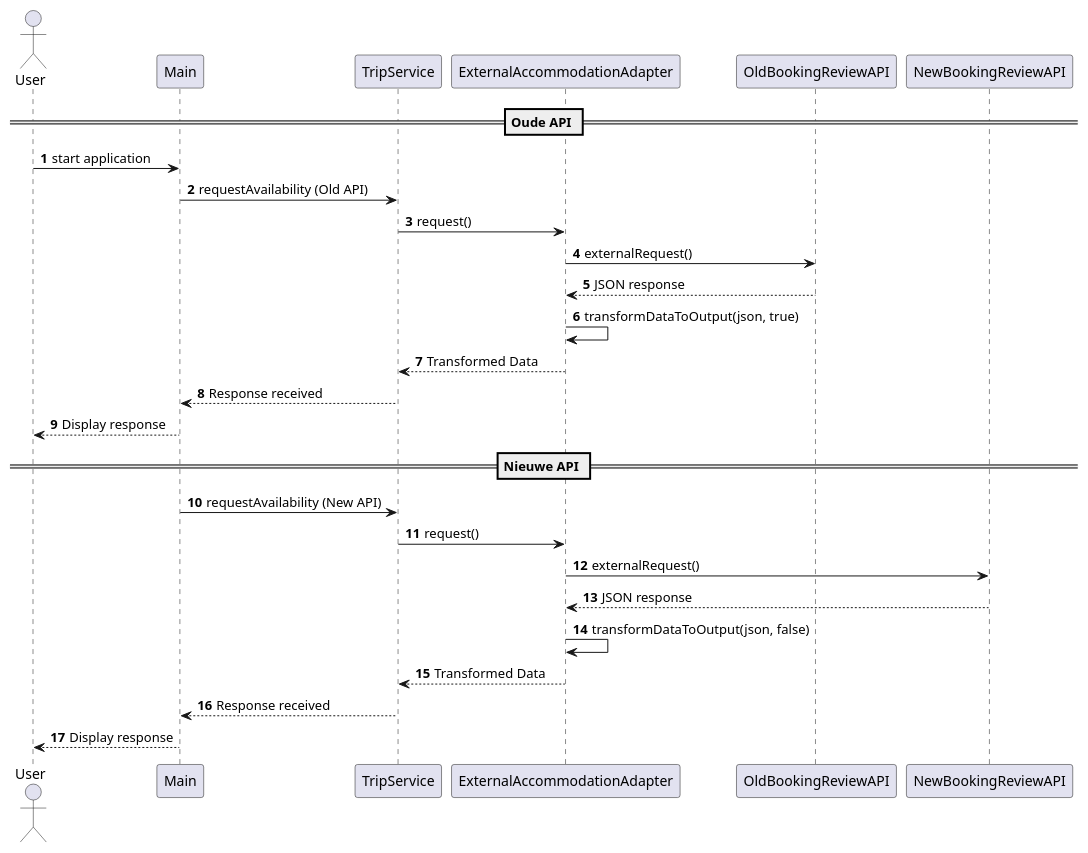
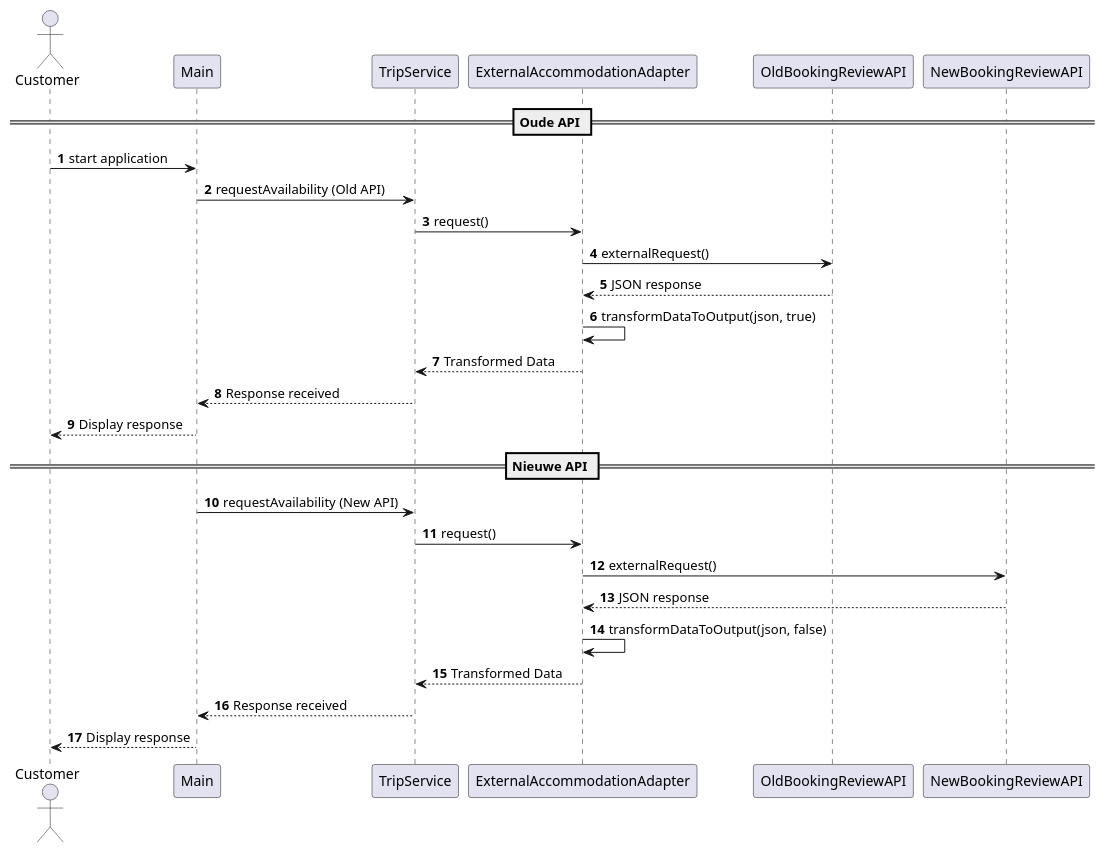
Before and after one commit to AIM-ENE-feb25/triptop-groep-5: the diagram in software-guidebook/VervangenSequenceDiagram.puml, drawn with PlantUML. The commit also changed 4 other files, not shown here.

```diff
--- a/software-guidebook/VervangenSequenceDiagram.puml
+++ b/software-guidebook/VervangenSequenceDiagram.puml
@@ -1,35 +1,35 @@
 @startuml
 
 autonumber
 
-actor User
+actor Customer
 participant Main
 participant TripService
 participant ExternalAccommodationAdapter
 participant OldBookingReviewAPI
 participant NewBookingReviewAPI
 
 == Oude API ==
 
-User -> Main: start application
+Customer -> Main: start application
 Main -> TripService: requestAvailability (Old API)
 TripService -> ExternalAccommodationAdapter: request()
 ExternalAccommodationAdapter -> OldBookingReviewAPI: externalRequest()
 OldBookingReviewAPI --> ExternalAccommodationAdapter: JSON response
 ExternalAccommodationAdapter -> ExternalAccommodationAdapter: transformDataToOutput(json, true)
 ExternalAccommodationAdapter --> TripService: Transformed Data
 TripService --> Main: Response received
-Main --> User: Display response
+Main --> Customer: Display response
 
 == Nieuwe API ==
 
 Main -> TripService: requestAvailability (New API)
 TripService -> ExternalAccommodationAdapter: request()
 ExternalAccommodationAdapter -> NewBookingReviewAPI: externalRequest()
 NewBookingReviewAPI --> ExternalAccommodationAdapter: JSON response
 ExternalAccommodationAdapter -> ExternalAccommodationAdapter: transformDataToOutput(json, false)
 ExternalAccommodationAdapter --> TripService: Transformed Data
 TripService --> Main: Response received
-Main --> User: Display response
+Main --> Customer: Display response
 
 @enduml
```
